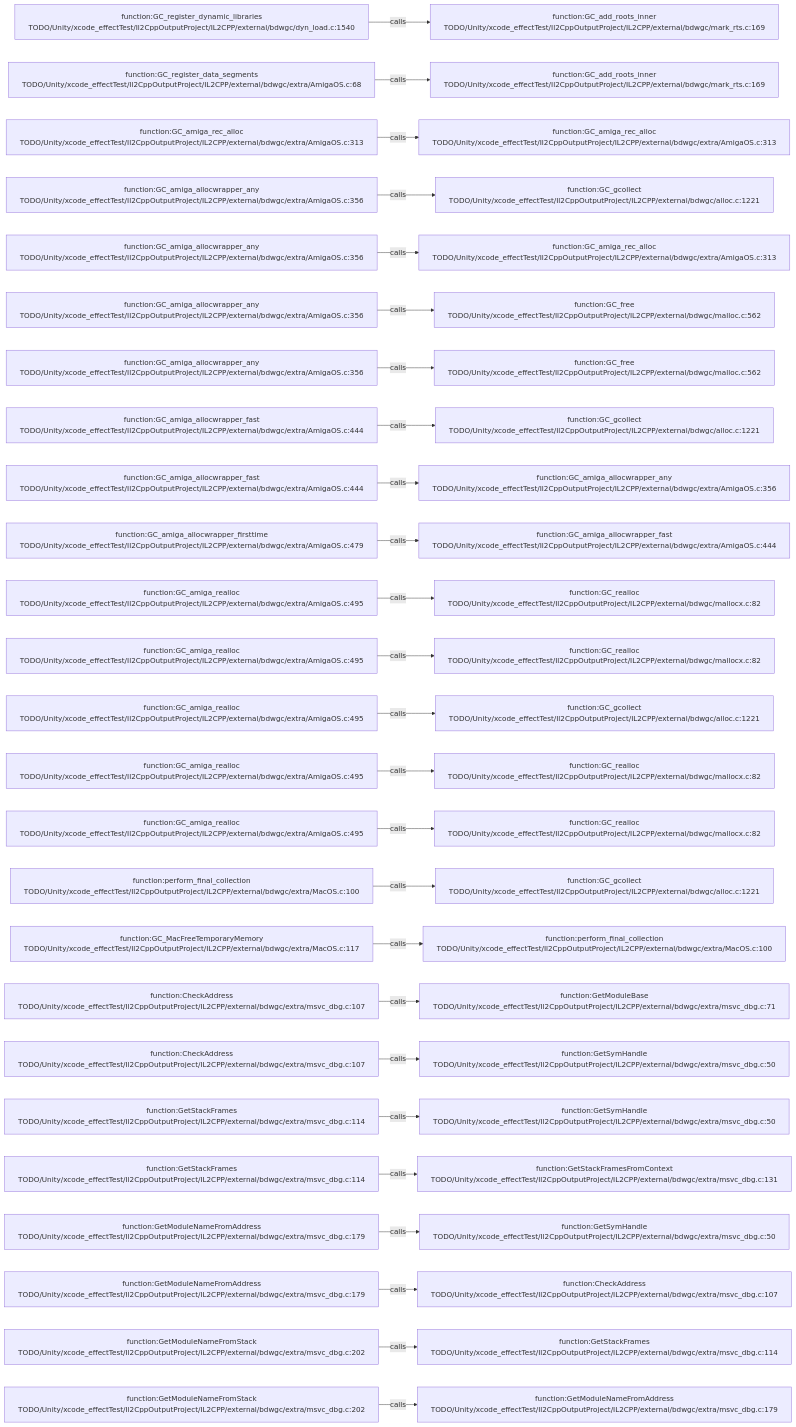
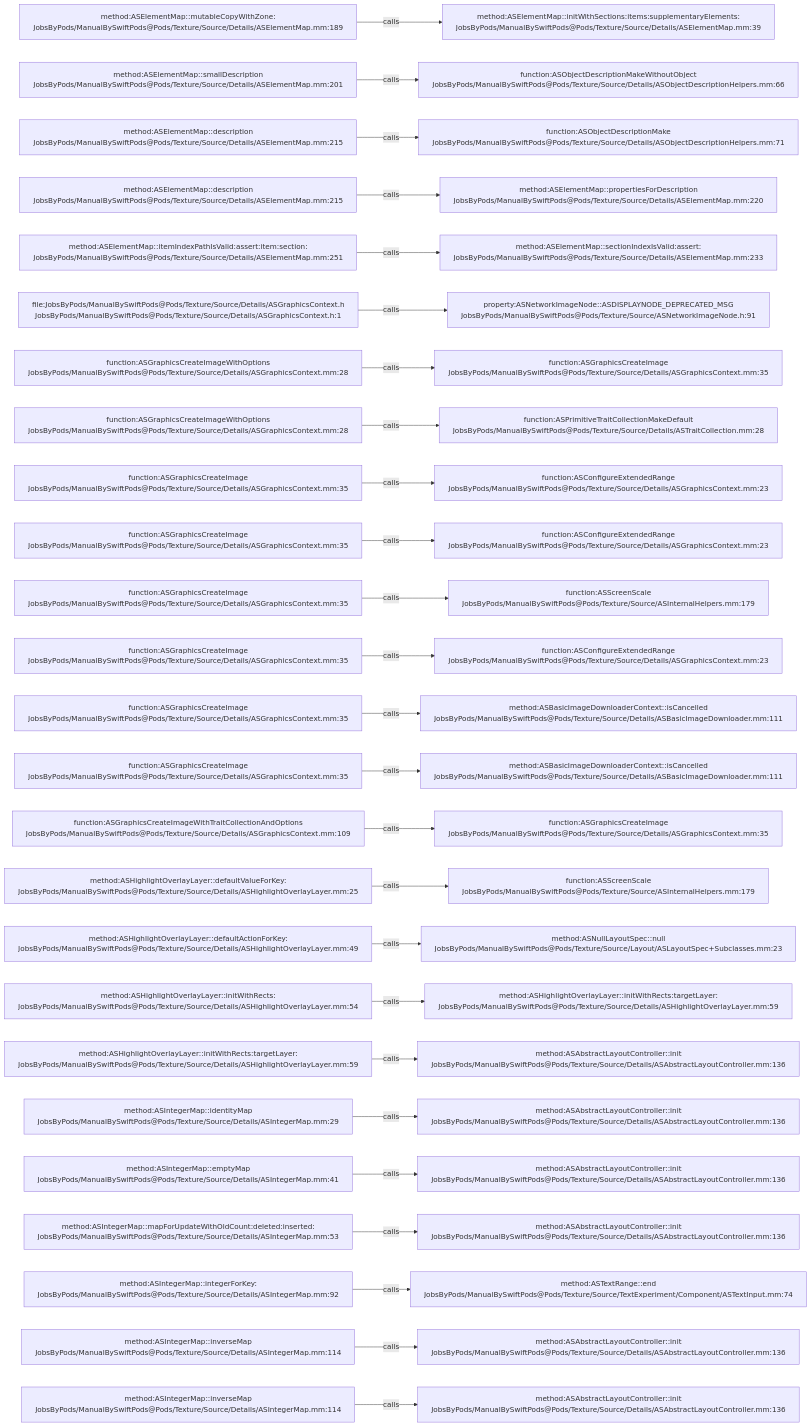
Before and after one commit to JobsKits/JobsSwiftBaseConfigDemo: the diagram in .codegraph/codegraph.md/graphs/calls-107.md, drawn with Mermaid. The commit also changed 2959 other files, not shown here.

````diff
--- a/.codegraph/codegraph.md/graphs/calls-107.md
+++ b/.codegraph/codegraph.md/graphs/calls-107.md
@@ -13,78 +13,78 @@
 ```mermaid
 flowchart LR
-  S1["function:GC_register_dynamic_libraries<br/>TODO/Unity/xcode_effectTest/Il2CppOutputProject/IL2CPP/external/bdwgc/dyn_load.c:1540"]
-  T1["function:GC_add_roots_inner<br/>TODO/Unity/xcode_effectTest/Il2CppOutputProject/IL2CPP/external/bdwgc/mark_rts.c:169"]
+  S1["method:ASElementMap::mutableCopyWithZone:<br/>JobsByPods/ManualBySwiftPods@Pods/Texture/Source/Details/ASElementMap.mm:189"]
+  T1["method:ASElementMap::initWithSections:items:supplementaryElements:<br/>JobsByPods/ManualBySwiftPods@Pods/Texture/Source/Details/ASElementMap.mm:39"]
   S1 -->|calls| T1
-  S2["function:GC_register_data_segments<br/>TODO/Unity/xcode_effectTest/Il2CppOutputProject/IL2CPP/external/bdwgc/extra/AmigaOS.c:68"]
-  T2["function:GC_add_roots_inner<br/>TODO/Unity/xcode_effectTest/Il2CppOutputProject/IL2CPP/external/bdwgc/mark_rts.c:169"]
+  S2["method:ASElementMap::smallDescription<br/>JobsByPods/ManualBySwiftPods@Pods/Texture/Source/Details/ASElementMap.mm:201"]
+  T2["function:ASObjectDescriptionMakeWithoutObject<br/>JobsByPods/ManualBySwiftPods@Pods/Texture/Source/Details/ASObjectDescriptionHelpers.mm:66"]
   S2 -->|calls| T2
-  S3["function:GC_amiga_rec_alloc<br/>TODO/Unity/xcode_effectTest/Il2CppOutputProject/IL2CPP/external/bdwgc/extra/AmigaOS.c:313"]
-  T3["function:GC_amiga_rec_alloc<br/>TODO/Unity/xcode_effectTest/Il2CppOutputProject/IL2CPP/external/bdwgc/extra/AmigaOS.c:313"]
+  S3["method:ASElementMap::description<br/>JobsByPods/ManualBySwiftPods@Pods/Texture/Source/Details/ASElementMap.mm:215"]
+  T3["function:ASObjectDescriptionMake<br/>JobsByPods/ManualBySwiftPods@Pods/Texture/Source/Details/ASObjectDescriptionHelpers.mm:71"]
   S3 -->|calls| T3
-  S4["function:GC_amiga_allocwrapper_any<br/>TODO/Unity/xcode_effectTest/Il2CppOutputProject/IL2CPP/external/bdwgc/extra/AmigaOS.c:356"]
-  T4["function:GC_gcollect<br/>TODO/Unity/xcode_effectTest/Il2CppOutputProject/IL2CPP/external/bdwgc/alloc.c:1221"]
+  S4["method:ASElementMap::description<br/>JobsByPods/ManualBySwiftPods@Pods/Texture/Source/Details/ASElementMap.mm:215"]
+  T4["method:ASElementMap::propertiesForDescription<br/>JobsByPods/ManualBySwiftPods@Pods/Texture/Source/Details/ASElementMap.mm:220"]
   S4 -->|calls| T4
-  S5["function:GC_amiga_allocwrapper_any<br/>TODO/Unity/xcode_effectTest/Il2CppOutputProject/IL2CPP/external/bdwgc/extra/AmigaOS.c:356"]
-  T5["function:GC_amiga_rec_alloc<br/>TODO/Unity/xcode_effectTest/Il2CppOutputProject/IL2CPP/external/bdwgc/extra/AmigaOS.c:313"]
+  S5["method:ASElementMap::itemIndexPathIsValid:assert:item:section:<br/>JobsByPods/ManualBySwiftPods@Pods/Texture/Source/Details/ASElementMap.mm:251"]
+  T5["method:ASElementMap::sectionIndexIsValid:assert:<br/>JobsByPods/ManualBySwiftPods@Pods/Texture/Source/Details/ASElementMap.mm:233"]
   S5 -->|calls| T5
-  S6["function:GC_amiga_allocwrapper_any<br/>TODO/Unity/xcode_effectTest/Il2CppOutputProject/IL2CPP/external/bdwgc/extra/AmigaOS.c:356"]
-  T6["function:GC_free<br/>TODO/Unity/xcode_effectTest/Il2CppOutputProject/IL2CPP/external/bdwgc/malloc.c:562"]
+  S6["file:JobsByPods/ManualBySwiftPods@Pods/Texture/Source/Details/ASGraphicsContext.h<br/>JobsByPods/ManualBySwiftPods@Pods/Texture/Source/Details/ASGraphicsContext.h:1"]
+  T6["property:ASNetworkImageNode::ASDISPLAYNODE_DEPRECATED_MSG<br/>JobsByPods/ManualBySwiftPods@Pods/Texture/Source/ASNetworkImageNode.h:91"]
   S6 -->|calls| T6
-  S7["function:GC_amiga_allocwrapper_any<br/>TODO/Unity/xcode_effectTest/Il2CppOutputProject/IL2CPP/external/bdwgc/extra/AmigaOS.c:356"]
-  T7["function:GC_free<br/>TODO/Unity/xcode_effectTest/Il2CppOutputProject/IL2CPP/external/bdwgc/malloc.c:562"]
+  S7["function:ASGraphicsCreateImageWithOptions<br/>JobsByPods/ManualBySwiftPods@Pods/Texture/Source/Details/ASGraphicsContext.mm:28"]
+  T7["function:ASGraphicsCreateImage<br/>JobsByPods/ManualBySwiftPods@Pods/Texture/Source/Details/ASGraphicsContext.mm:35"]
   S7 -->|calls| T7
-  S8["function:GC_amiga_allocwrapper_fast<br/>TODO/Unity/xcode_effectTest/Il2CppOutputProject/IL2CPP/external/bdwgc/extra/AmigaOS.c:444"]
-  T8["function:GC_gcollect<br/>TODO/Unity/xcode_effectTest/Il2CppOutputProject/IL2CPP/external/bdwgc/alloc.c:1221"]
+  S8["function:ASGraphicsCreateImageWithOptions<br/>JobsByPods/ManualBySwiftPods@Pods/Texture/Source/Details/ASGraphicsContext.mm:28"]
+  T8["function:ASPrimitiveTraitCollectionMakeDefault<br/>JobsByPods/ManualBySwiftPods@Pods/Texture/Source/Details/ASTraitCollection.mm:28"]
   S8 -->|calls| T8
-  S9["function:GC_amiga_allocwrapper_fast<br/>TODO/Unity/xcode_effectTest/Il2CppOutputProject/IL2CPP/external/bdwgc/extra/AmigaOS.c:444"]
-  T9["function:GC_amiga_allocwrapper_any<br/>TODO/Unity/xcode_effectTest/Il2CppOutputProject/IL2CPP/external/bdwgc/extra/AmigaOS.c:356"]
+  S9["function:ASGraphicsCreateImage<br/>JobsByPods/ManualBySwiftPods@Pods/Texture/Source/Details/ASGraphicsContext.mm:35"]
+  T9["function:ASConfigureExtendedRange<br/>JobsByPods/ManualBySwiftPods@Pods/Texture/Source/Details/ASGraphicsContext.mm:23"]
   S9 -->|calls| T9
-  S10["function:GC_amiga_allocwrapper_firsttime<br/>TODO/Unity/xcode_effectTest/Il2CppOutputProject/IL2CPP/external/bdwgc/extra/AmigaOS.c:479"]
-  T10["function:GC_amiga_allocwrapper_fast<br/>TODO/Unity/xcode_effectTest/Il2CppOutputProject/IL2CPP/external/bdwgc/extra/AmigaOS.c:444"]
+  S10["function:ASGraphicsCreateImage<br/>JobsByPods/ManualBySwiftPods@Pods/Texture/Source/Details/ASGraphicsContext.mm:35"]
+  T10["function:ASConfigureExtendedRange<br/>JobsByPods/ManualBySwiftPods@Pods/Texture/Source/Details/ASGraphicsContext.mm:23"]
   S10 -->|calls| T10
-  S11["function:GC_amiga_realloc<br/>TODO/Unity/xcode_effectTest/Il2CppOutputProject/IL2CPP/external/bdwgc/extra/AmigaOS.c:495"]
-  T11["function:GC_realloc<br/>TODO/Unity/xcode_effectTest/Il2CppOutputProject/IL2CPP/external/bdwgc/mallocx.c:82"]
+  S11["function:ASGraphicsCreateImage<br/>JobsByPods/ManualBySwiftPods@Pods/Texture/Source/Details/ASGraphicsContext.mm:35"]
+  T11["function:ASScreenScale<br/>JobsByPods/ManualBySwiftPods@Pods/Texture/Source/ASInternalHelpers.mm:179"]
   S11 -->|calls| T11
-  S12["function:GC_amiga_realloc<br/>TODO/Unity/xcode_effectTest/Il2CppOutputProject/IL2CPP/external/bdwgc/extra/AmigaOS.c:495"]
-  T12["function:GC_realloc<br/>TODO/Unity/xcode_effectTest/Il2CppOutputProject/IL2CPP/external/bdwgc/mallocx.c:82"]
+  S12["function:ASGraphicsCreateImage<br/>JobsByPods/ManualBySwiftPods@Pods/Texture/Source/Details/ASGraphicsContext.mm:35"]
+  T12["function:ASConfigureExtendedRange<br/>JobsByPods/ManualBySwiftPods@Pods/Texture/Source/Details/ASGraphicsContext.mm:23"]
   S12 -->|calls| T12
-  S13["function:GC_amiga_realloc<br/>TODO/Unity/xcode_effectTest/Il2CppOutputProject/IL2CPP/external/bdwgc/extra/AmigaOS.c:495"]
-  T13["function:GC_gcollect<br/>TODO/Unity/xcode_effectTest/Il2CppOutputProject/IL2CPP/external/bdwgc/alloc.c:1221"]
+  S13["function:ASGraphicsCreateImage<br/>JobsByPods/ManualBySwiftPods@Pods/Texture/Source/Details/ASGraphicsContext.mm:35"]
+  T13["method:ASBasicImageDownloaderContext::isCancelled<br/>JobsByPods/ManualBySwiftPods@Pods/Texture/Source/Details/ASBasicImageDownloader.mm:111"]
   S13 -->|calls| T13
-  S14["function:GC_amiga_realloc<br/>TODO/Unity/xcode_effectTest/Il2CppOutputProject/IL2CPP/external/bdwgc/extra/AmigaOS.c:495"]
-  T14["function:GC_realloc<br/>TODO/Unity/xcode_effectTest/Il2CppOutputProject/IL2CPP/external/bdwgc/mallocx.c:82"]
+  S14["function:ASGraphicsCreateImage<br/>JobsByPods/ManualBySwiftPods@Pods/Texture/Source/Details/ASGraphicsContext.mm:35"]
+  T14["method:ASBasicImageDownloaderContext::isCancelled<br/>JobsByPods/ManualBySwiftPods@Pods/Texture/Source/Details/ASBasicImageDownloader.mm:111"]
   S14 -->|calls| T14
-  S15["function:GC_amiga_realloc<br/>TODO/Unity/xcode_effectTest/Il2CppOutputProject/IL2CPP/external/bdwgc/extra/AmigaOS.c:495"]
-  T15["function:GC_realloc<br/>TODO/Unity/xcode_effectTest/Il2CppOutputProject/IL2CPP/external/bdwgc/mallocx.c:82"]
+  S15["function:ASGraphicsCreateImageWithTraitCollectionAndOptions<br/>JobsByPods/ManualBySwiftPods@Pods/Texture/Source/Details/ASGraphicsContext.mm:109"]
+  T15["function:ASGraphicsCreateImage<br/>JobsByPods/ManualBySwiftPods@Pods/Texture/Source/Details/ASGraphicsContext.mm:35"]
   S15 -->|calls| T15
-  S16["function:perform_final_collection<br/>TODO/Unity/xcode_effectTest/Il2CppOutputProject/IL2CPP/external/bdwgc/extra/MacOS.c:100"]
-  T16["function:GC_gcollect<br/>TODO/Unity/xcode_effectTest/Il2CppOutputProject/IL2CPP/external/bdwgc/alloc.c:1221"]
+  S16["method:ASHighlightOverlayLayer::defaultValueForKey:<br/>JobsByPods/ManualBySwiftPods@Pods/Texture/Source/Details/ASHighlightOverlayLayer.mm:25"]
+  T16["function:ASScreenScale<br/>JobsByPods/ManualBySwiftPods@Pods/Texture/Source/ASInternalHelpers.mm:179"]
   S16 -->|calls| T16
-  S17["function:GC_MacFreeTemporaryMemory<br/>TODO/Unity/xcode_effectTest/Il2CppOutputProject/IL2CPP/external/bdwgc/extra/MacOS.c:117"]
-  T17["function:perform_final_collection<br/>TODO/Unity/xcode_effectTest/Il2CppOutputProject/IL2CPP/external/bdwgc/extra/MacOS.c:100"]
+  S17["method:ASHighlightOverlayLayer::defaultActionForKey:<br/>JobsByPods/ManualBySwiftPods@Pods/Texture/Source/Details/ASHighlightOverlayLayer.mm:49"]
+  T17["method:ASNullLayoutSpec::null<br/>JobsByPods/ManualBySwiftPods@Pods/Texture/Source/Layout/ASLayoutSpec+Subclasses.mm:23"]
   S17 -->|calls| T17
-  S18["function:CheckAddress<br/>TODO/Unity/xcode_effectTest/Il2CppOutputProject/IL2CPP/external/bdwgc/extra/msvc_dbg.c:107"]
-  T18["function:GetModuleBase<br/>TODO/Unity/xcode_effectTest/Il2CppOutputProject/IL2CPP/external/bdwgc/extra/msvc_dbg.c:71"]
+  S18["method:ASHighlightOverlayLayer::initWithRects:<br/>JobsByPods/ManualBySwiftPods@Pods/Texture/Source/Details/ASHighlightOverlayLayer.mm:54"]
+  T18["method:ASHighlightOverlayLayer::initWithRects:targetLayer:<br/>JobsByPods/ManualBySwiftPods@Pods/Texture/Source/Details/ASHighlightOverlayLayer.mm:59"]
   S18 -->|calls| T18
-  S19["function:CheckAddress<br/>TODO/Unity/xcode_effectTest/Il2CppOutputProject/IL2CPP/external/bdwgc/extra/msvc_dbg.c:107"]
-  T19["function:GetSymHandle<br/>TODO/Unity/xcode_effectTest/Il2CppOutputProject/IL2CPP/external/bdwgc/extra/msvc_dbg.c:50"]
+  S19["method:ASHighlightOverlayLayer::initWithRects:targetLayer:<br/>JobsByPods/ManualBySwiftPods@Pods/Texture/Source/Details/ASHighlightOverlayLayer.mm:59"]
+  T19["method:ASAbstractLayoutController::init<br/>JobsByPods/ManualBySwiftPods@Pods/Texture/Source/Details/ASAbstractLayoutController.mm:136"]
   S19 -->|calls| T19
-  S20["function:GetStackFrames<br/>TODO/Unity/xcode_effectTest/Il2CppOutputProject/IL2CPP/external/bdwgc/extra/msvc_dbg.c:114"]
-  T20["function:GetSymHandle<br/>TODO/Unity/xcode_effectTest/Il2CppOutputProject/IL2CPP/external/bdwgc/extra/msvc_dbg.c:50"]
+  S20["method:ASIntegerMap::identityMap<br/>JobsByPods/ManualBySwiftPods@Pods/Texture/Source/Details/ASIntegerMap.mm:29"]
+  T20["method:ASAbstractLayoutController::init<br/>JobsByPods/ManualBySwiftPods@Pods/Texture/Source/Details/ASAbstractLayoutController.mm:136"]
   S20 -->|calls| T20
-  S21["function:GetStackFrames<br/>TODO/Unity/xcode_effectTest/Il2CppOutputProject/IL2CPP/external/bdwgc/extra/msvc_dbg.c:114"]
-  T21["function:GetStackFramesFromContext<br/>TODO/Unity/xcode_effectTest/Il2CppOutputProject/IL2CPP/external/bdwgc/extra/msvc_dbg.c:131"]
+  S21["method:ASIntegerMap::emptyMap<br/>JobsByPods/ManualBySwiftPods@Pods/Texture/Source/Details/ASIntegerMap.mm:41"]
+  T21["method:ASAbstractLayoutController::init<br/>JobsByPods/ManualBySwiftPods@Pods/Texture/Source/Details/ASAbstractLayoutController.mm:136"]
   S21 -->|calls| T21
-  S22["function:GetModuleNameFromAddress<br/>TODO/Unity/xcode_effectTest/Il2CppOutputProject/IL2CPP/external/bdwgc/extra/msvc_dbg.c:179"]
-  T22["function:GetSymHandle<br/>TODO/Unity/xcode_effectTest/Il2CppOutputProject/IL2CPP/external/bdwgc/extra/msvc_dbg.c:50"]
+  S22["method:ASIntegerMap::mapForUpdateWithOldCount:deleted:inserted:<br/>JobsByPods/ManualBySwiftPods@Pods/Texture/Source/Details/ASIntegerMap.mm:53"]
+  T22["method:ASAbstractLayoutController::init<br/>JobsByPods/ManualBySwiftPods@Pods/Texture/Source/Details/ASAbstractLayoutController.mm:136"]
   S22 -->|calls| T22
-  S23["function:GetModuleNameFromAddress<br/>TODO/Unity/xcode_effectTest/Il2CppOutputProject/IL2CPP/external/bdwgc/extra/msvc_dbg.c:179"]
-  T23["function:CheckAddress<br/>TODO/Unity/xcode_effectTest/Il2CppOutputProject/IL2CPP/external/bdwgc/extra/msvc_dbg.c:107"]
+  S23["method:ASIntegerMap::integerForKey:<br/>JobsByPods/ManualBySwiftPods@Pods/Texture/Source/Details/ASIntegerMap.mm:92"]
+  T23["method:ASTextRange::end<br/>JobsByPods/ManualBySwiftPods@Pods/Texture/Source/TextExperiment/Component/ASTextInput.mm:74"]
   S23 -->|calls| T23
-  S24["function:GetModuleNameFromStack<br/>TODO/Unity/xcode_effectTest/Il2CppOutputProject/IL2CPP/external/bdwgc/extra/msvc_dbg.c:202"]
-  T24["function:GetStackFrames<br/>TODO/Unity/xcode_effectTest/Il2CppOutputProject/IL2CPP/external/bdwgc/extra/msvc_dbg.c:114"]
+  S24["method:ASIntegerMap::inverseMap<br/>JobsByPods/ManualBySwiftPods@Pods/Texture/Source/Details/ASIntegerMap.mm:114"]
+  T24["method:ASAbstractLayoutController::init<br/>JobsByPods/ManualBySwiftPods@Pods/Texture/Source/Details/ASAbstractLayoutController.mm:136"]
   S24 -->|calls| T24
-  S25["function:GetModuleNameFromStack<br/>TODO/Unity/xcode_effectTest/Il2CppOutputProject/IL2CPP/external/bdwgc/extra/msvc_dbg.c:202"]
-  T25["function:GetModuleNameFromAddress<br/>TODO/Unity/xcode_effectTest/Il2CppOutputProject/IL2CPP/external/bdwgc/extra/msvc_dbg.c:179"]
+  S25["method:ASIntegerMap::inverseMap<br/>JobsByPods/ManualBySwiftPods@Pods/Texture/Source/Details/ASIntegerMap.mm:114"]
+  T25["method:ASAbstractLayoutController::init<br/>JobsByPods/ManualBySwiftPods@Pods/Texture/Source/Details/ASAbstractLayoutController.mm:136"]
   S25 -->|calls| T25
 ```
````
